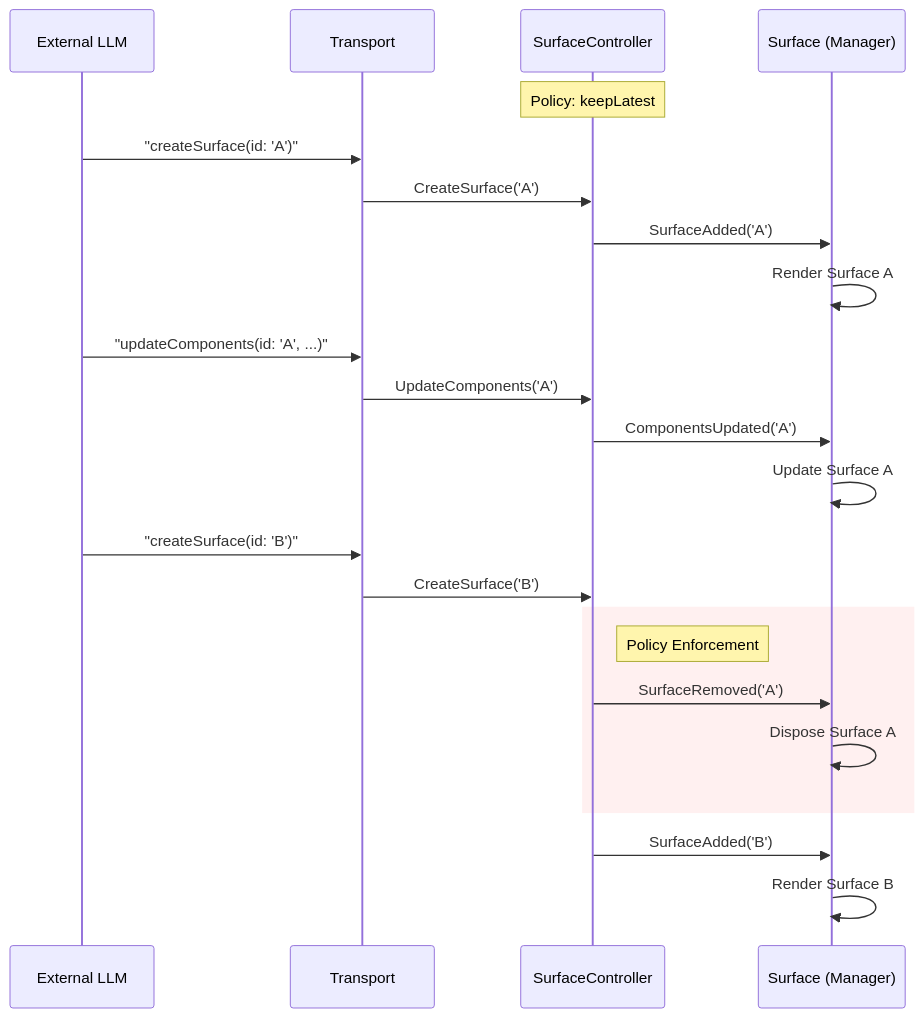
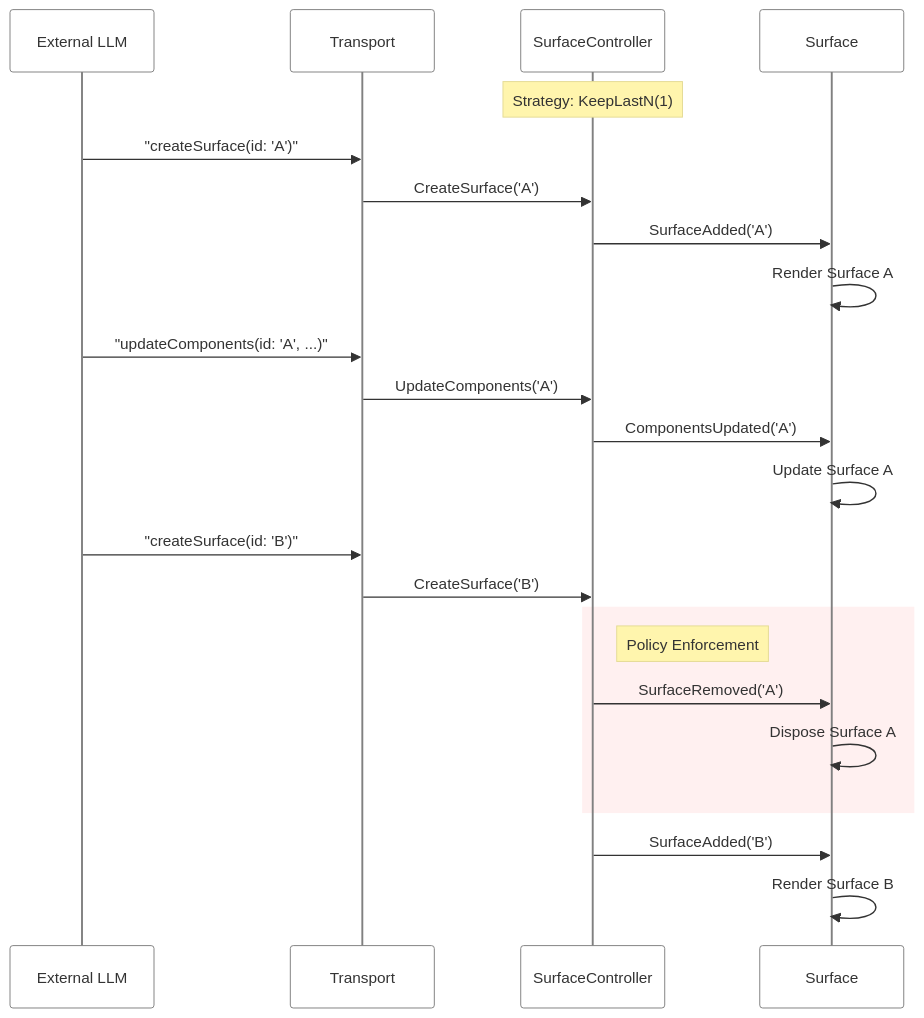
Before and after one commit to polina-c/genui: the diagram in packages/genui/docs/surface-lifecycle.mmd, drawn with Mermaid. The commit also changed 14 other files, not shown here.

Commit message:
Update diagrams

```diff
--- a/packages/genui/docs/surface-lifecycle.mmd
+++ b/packages/genui/docs/surface-lifecycle.mmd
@@ -1,29 +1,30 @@
+%%{init: {'theme': 'base', 'themeVariables': { 'primaryBorderColor': '#808080', 'lineColor': '#808080', 'background': 'transparent', 'mainBkg': '#ffffffaa', 'clusterBkg': 'transparent'}}}%%
 sequenceDiagram
     participant LLM as External LLM
     participant Transport as Transport
     participant Controller as SurfaceController
-    participant UI as Surface (Manager)
+    participant UI as Surface
 
-    Note over Controller: Policy: keepLatest
+    Note over Controller: Strategy: KeepLastN(1)
 
     LLM->>Transport: "createSurface(id: 'A')"
     Transport->>Controller: CreateSurface('A')
     Controller->>UI: SurfaceAdded('A')
     UI->>UI: Render Surface A
 
     LLM->>Transport: "updateComponents(id: 'A', ...)"
     Transport->>Controller: UpdateComponents('A')
     Controller->>UI: ComponentsUpdated('A')
     UI->>UI: Update Surface A
 
     LLM->>Transport: "createSurface(id: 'B')"
     Transport->>Controller: CreateSurface('B')
 
     rect rgb(255, 240, 240)
         Note right of Controller: Policy Enforcement
         Controller->>UI: SurfaceRemoved('A')
         UI->>UI: Dispose Surface A
     end
 
     Controller->>UI: SurfaceAdded('B')
     UI->>UI: Render Surface B
```
